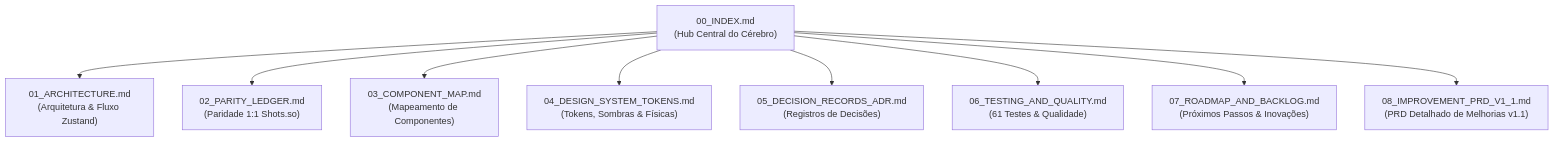
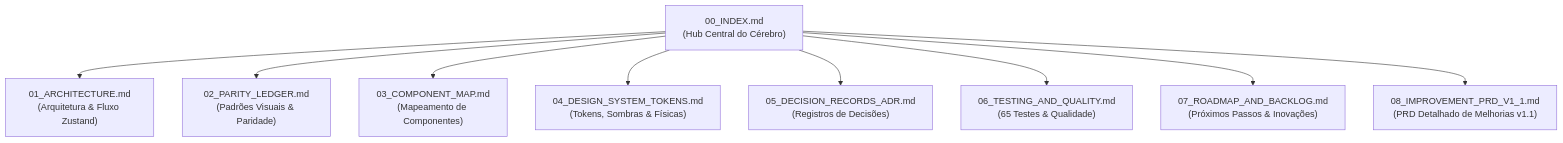
The diagram in .brain/00_INDEX.md (Henrique1601/shots-studio), drawn with Mermaid before and after one commit. The commit also changed other lines of this file and 30 other files, not shown here.

````diff
--- a/.brain/00_INDEX.md
+++ b/.brain/00_INDEX.md
@@ -14,21 +14,21 @@
 ```mermaid
 flowchart TD
     Index["00_INDEX.md\n(Hub Central do Cérebro)"]
     Arch["01_ARCHITECTURE.md\n(Arquitetura & Fluxo Zustand)"]
-    Parity["02_PARITY_LEDGER.md\n(Paridade 1:1 Shots.so)"]
+    Parity["02_PARITY_LEDGER.md\n(Padrões Visuais & Paridade)"]
     Components["03_COMPONENT_MAP.md\n(Mapeamento de Componentes)"]
     Tokens["04_DESIGN_SYSTEM_TOKENS.md\n(Tokens, Sombras & Físicas)"]
     ADR["05_DECISION_RECORDS_ADR.md\n(Registros de Decisões)"]
-    QA["06_TESTING_AND_QUALITY.md\n(61 Testes & Qualidade)"]
+    QA["06_TESTING_AND_QUALITY.md\n(65 Testes & Qualidade)"]
     Roadmap["07_ROADMAP_AND_BACKLOG.md\n(Próximos Passos & Inovações)"]
     PRD["08_IMPROVEMENT_PRD_V1_1.md\n(PRD Detalhado de Melhorias v1.1)"]
 
     Index --> Arch
     Index --> Parity
     Index --> Components
     Index --> Tokens
     Index --> ADR
     Index --> QA
     Index --> Roadmap
     Index --> PRD
 ```
````
